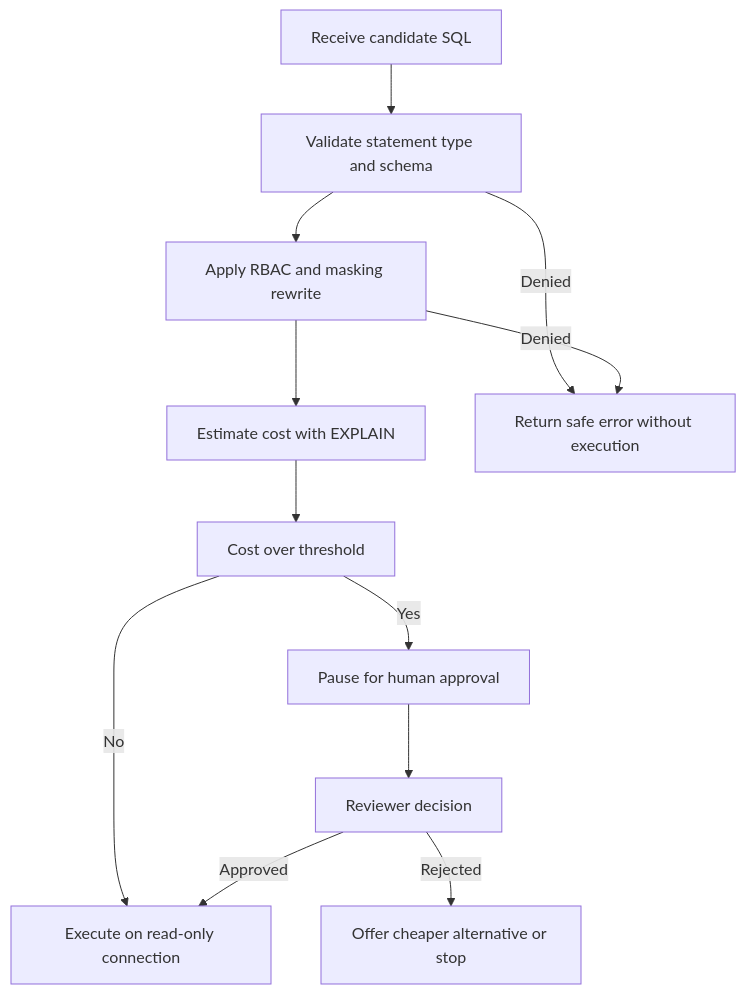
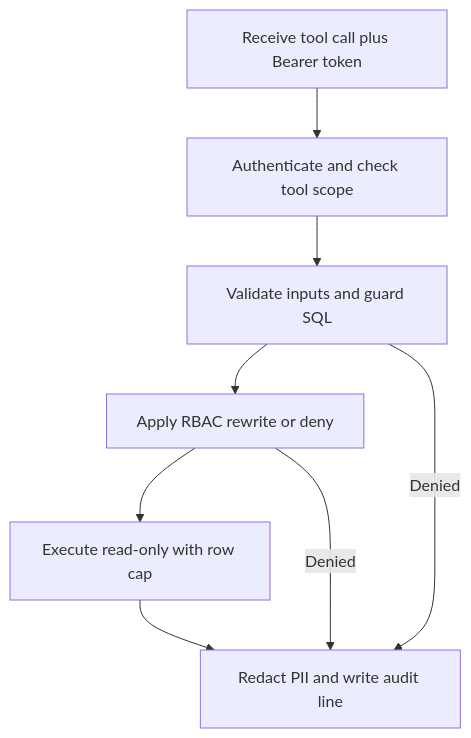
One commit to NDTruongDanh/SE373-Analytics-Agent changed the diagram in openwiki/agent/safety-and-access-control.md. Above: the diagram before and after it, drawn with Mermaid. The commit also changed other lines of this file and 19 other files, not shown here.

````diff
--- a/openwiki/agent/safety-and-access-control.md
+++ b/openwiki/agent/safety-and-access-control.md
@@ -71,14 +117,10 @@
 ```mermaid
 flowchart TD
-  A["Receive candidate SQL"] --> B["Validate statement type and schema"]
-  B --> C["Apply RBAC and masking rewrite"]
-  C --> D["Estimate cost with EXPLAIN"]
-  D --> E["Cost over threshold"]
-  E -- Yes --> F["Pause for human approval"]
-  E -- No --> G["Execute on read-only connection"]
-  F --> H["Reviewer decision"]
-  H -- Approved --> G
-  H -- Rejected --> I["Offer cheaper alternative or stop"]
-  B -- Denied --> J["Return safe error without execution"]
-  C -- Denied --> J
+  A["Receive tool call plus Bearer token"] --> B["Authenticate and check tool scope"]
+  B --> C["Validate inputs and guard SQL"]
+  C --> D["Apply RBAC rewrite or deny"]
+  D --> E["Execute read-only with row cap"]
+  E --> F["Redact PII and write audit line"]
+  C -- Denied --> F
+  D -- Denied --> F
 ```
````
